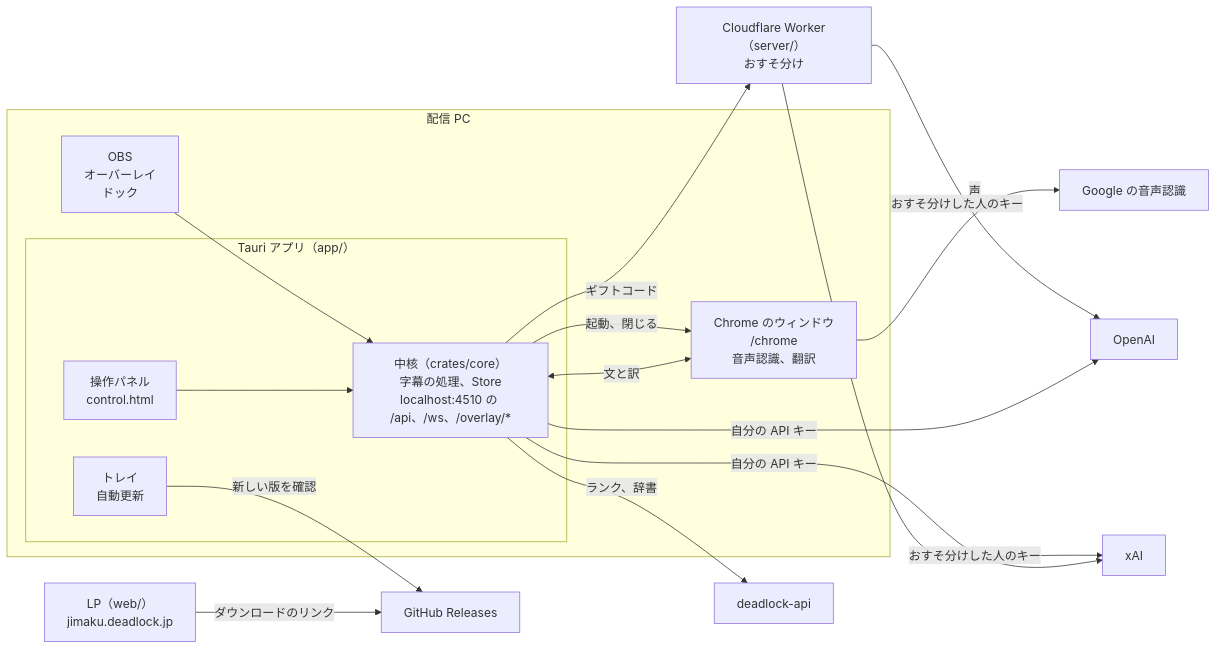
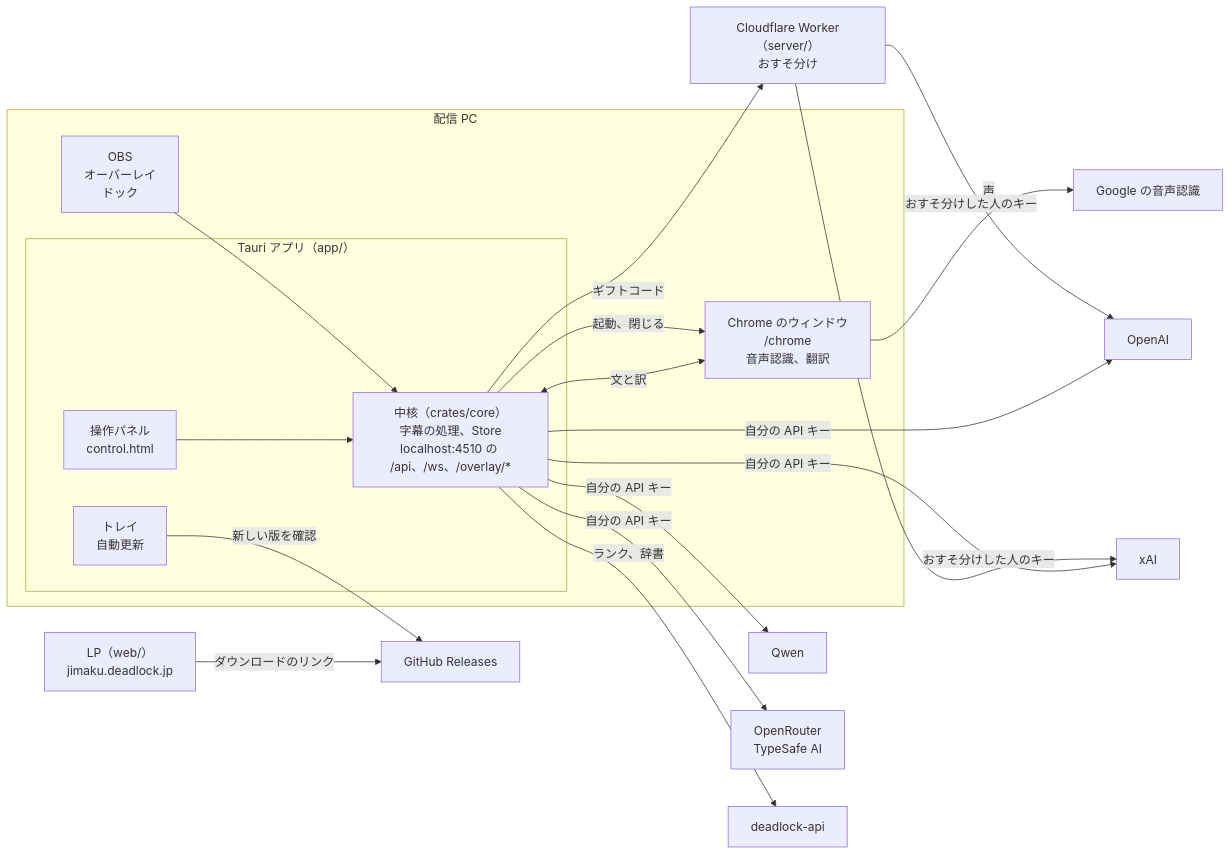
One commit to Chiji1108/deadlock-jimaku changed the first of 4 diagrams in README.md. Above: the diagram before and after it, drawn with Mermaid. The commit also changed other lines of this file and 142 other files, not shown here.

````diff
--- a/README.md
+++ b/README.md
@@ -50,33 +54,37 @@
 ```mermaid
 flowchart LR
   subgraph pc["配信 PC"]
     obs["OBS<br/>オーバーレイ<br/>ドック"]
     subgraph app["Tauri アプリ（app/）"]
       panel["操作パネル<br/>control.html"]
       core["中核（crates/core）<br/>字幕の処理、Store<br/>localhost:4510 の /api、/ws、/overlay/*"]
       shell["トレイ<br/>自動更新"]
     end
     tab["Chrome のウィンドウ<br/>/chrome<br/>音声認識、翻訳"]
   end
   worker["Cloudflare Worker（server/）<br/>おすそ分け"]
   openai["OpenAI"]
   xai["xAI"]
+  qwen["Qwen"]
+  others["OpenRouter<br/>TypeSafe AI"]
   google["Google の音声認識"]
   deadlockapi["deadlock-api"]
   releases["GitHub Releases"]
   lp["LP（web/）<br/>jimaku.deadlock.jp"]
 
   obs --> core
   panel --> core
   tab <-- "文と訳" --> core
   core -- "起動、閉じる" --> tab
   tab -- "声" --> google
   core -- "ギフトコード" --> worker
   worker -- "おすそ分けした人のキー" --> openai
   worker -- "おすそ分けした人のキー" --> xai
   core -- "自分の API キー" --> openai
   core -- "自分の API キー" --> xai
+  core -- "自分の API キー" --> qwen
+  core -- "自分の API キー" --> others
   core -- "ランク、辞書" --> deadlockapi
   shell -- "新しい版を確認" --> releases
   lp -- "ダウンロードのリンク" --> releases
 ```
````
